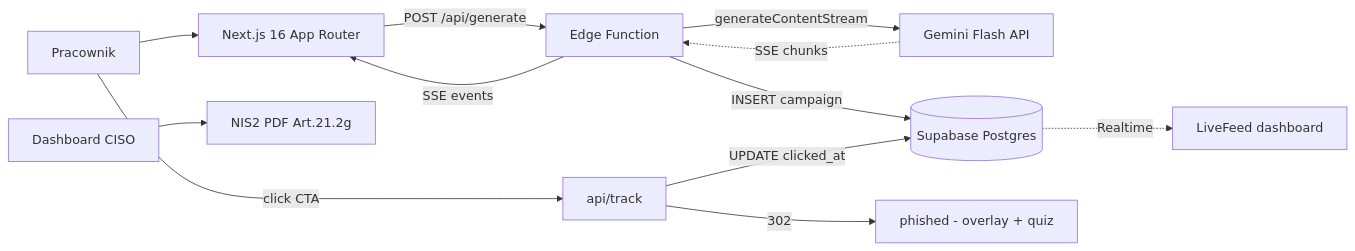
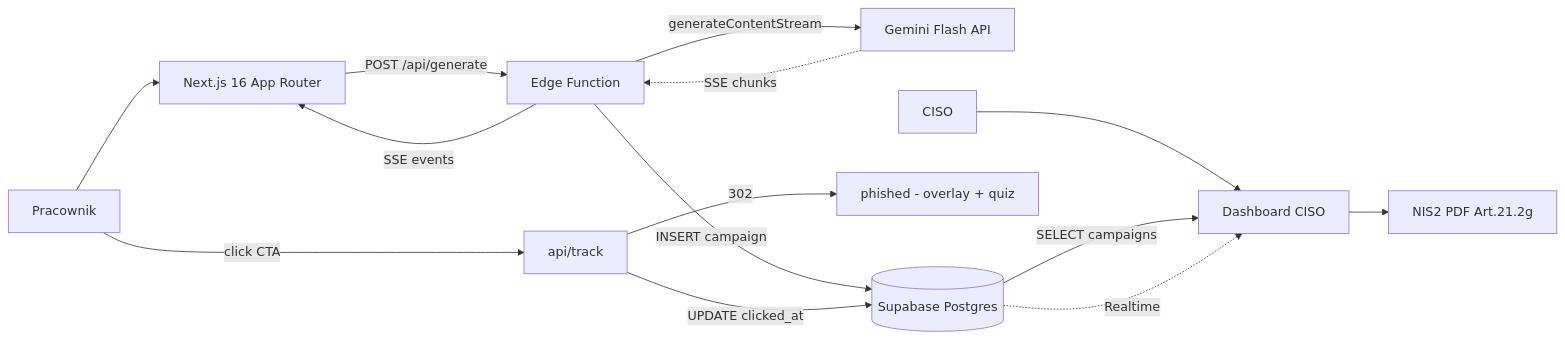
One commit to JachB/CyberDrill changed the first of 2 diagrams in README.md. Above: the diagram before and after it, drawn with Mermaid. The commit also changed other lines of this file, not shown here.

First line of the commit message:
README: fix architecture diagrams

````diff
--- a/README.md
+++ b/README.md
@@ -59,14 +59,16 @@
 ```mermaid
 graph LR
   U[Pracownik] --> FE[Next.js 16 App Router]
   FE -->|POST /api/generate| EDGE[Edge Function]
   EDGE -->|generateContentStream| GEMINI[Gemini Flash API]
   GEMINI -.->|SSE chunks| EDGE
   EDGE -->|SSE events| FE
   EDGE -->|INSERT campaign| DB[(Supabase Postgres)]
   U -->|click CTA| TRACK[api/track]
   TRACK -->|UPDATE clicked_at| DB
   TRACK -->|302| PHISHED[phished - overlay + quiz]
-  DB -.->|Realtime| FEED[LiveFeed dashboard]
-  DASH[Dashboard CISO] --> PDF[NIS2 PDF Art.21.2g]
+  CISO[CISO] --> DASH[Dashboard CISO]
+  DB -->|SELECT campaigns| DASH
+  DB -.->|Realtime| DASH
+  DASH --> PDF[NIS2 PDF Art.21.2g]
 ```
````
